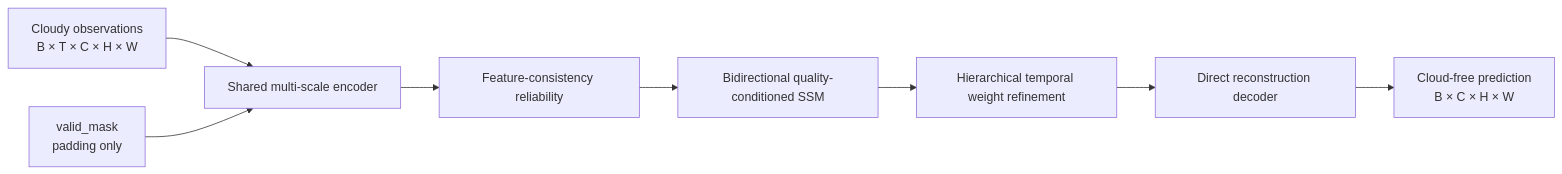
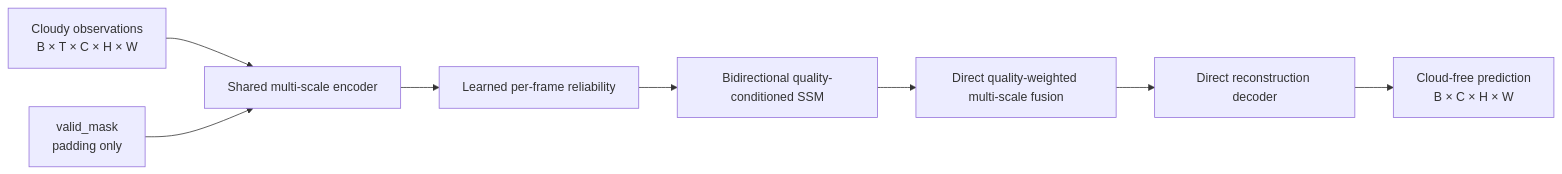
One commit to Zhangyu-student/TMFNet-for-RESG changed the diagram in README.md. Above: the diagram before and after it, drawn with Mermaid. The commit also changed other lines of this file and 8 other files, not shown here.

````diff
--- a/README.md
+++ b/README.md
@@ -16,10 +16,10 @@
 ```mermaid
 flowchart LR
     A["Cloudy observations<br/>B × T × C × H × W"] --> B[Shared multi-scale encoder]
     M["valid_mask<br/>padding only"] --> B
-    B --> C[Feature-consistency reliability]
+    B --> C[Learned per-frame reliability]
     C --> D[Bidirectional quality-conditioned SSM]
-    D --> E[Hierarchical temporal weight refinement]
+    D --> E[Direct quality-weighted multi-scale fusion]
     E --> F[Direct reconstruction decoder]
     F --> G["Cloud-free prediction<br/>B × C × H × W"]
 ```
````
